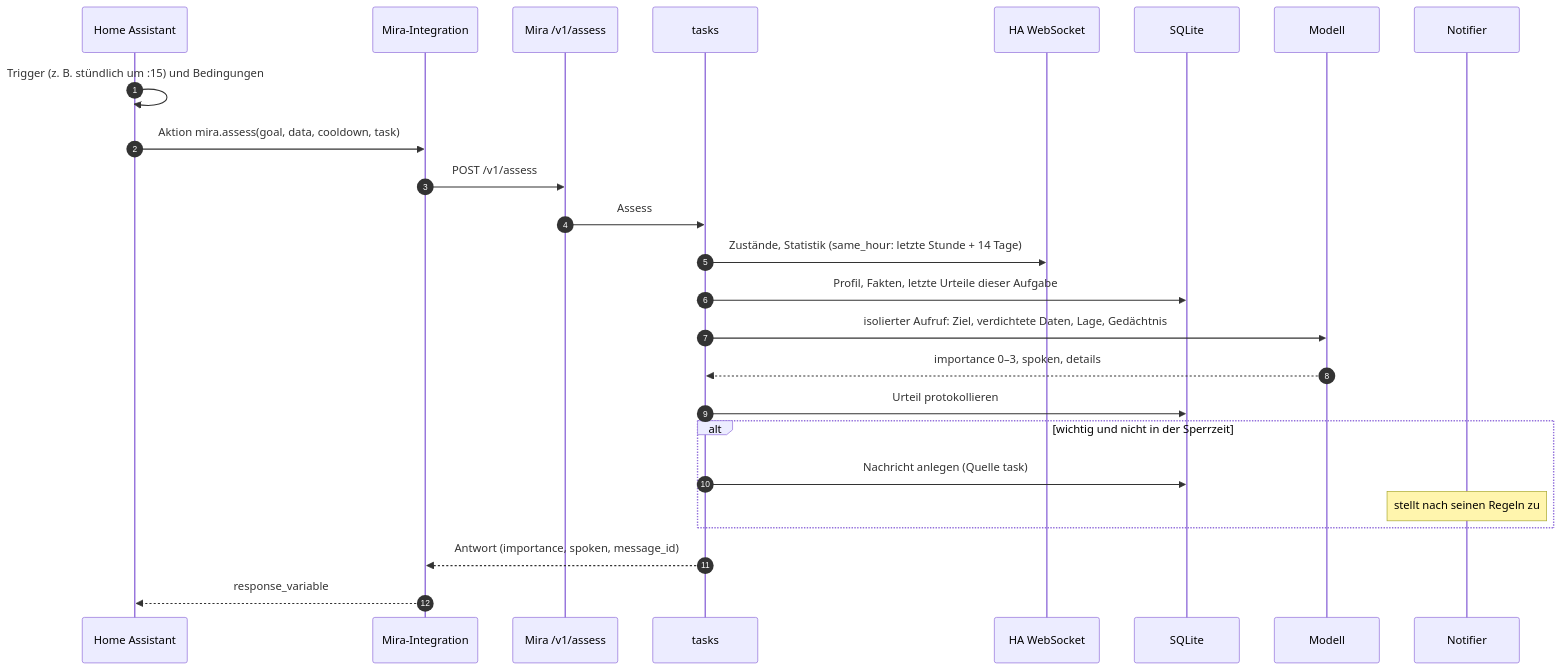
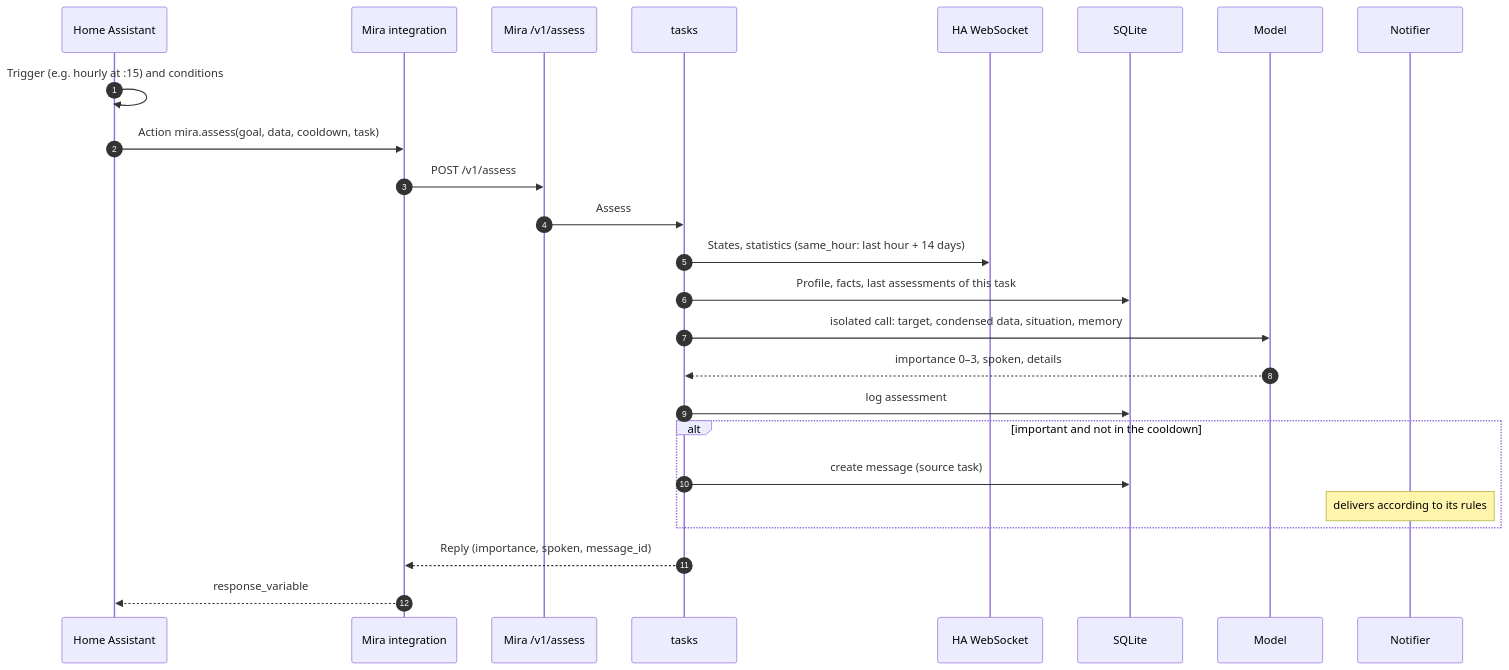
The fourth of 6 diagrams in docs/system.md (miraassist/mira), drawn with Mermaid before and after one commit. The commit also changed other lines of this file and 21 other files, not shown here.

````diff
--- a/docs/system.md
+++ b/docs/system.md
@@ -221,28 +221,28 @@
 ```mermaid
 sequenceDiagram
     autonumber
     participant HA as Home Assistant
-    participant I as Mira-Integration
+    participant I as Mira integration
     participant A as Mira /v1/assess
     participant T as tasks
     participant WS as HA WebSocket
     participant DB as SQLite
-    participant M as Modell
+    participant M as Model
     participant N as Notifier
 
-    HA->>HA: Trigger (z. B. stündlich um :15) und Bedingungen
-    HA->>I: Aktion mira.assess(goal, data, cooldown, task)
+    HA->>HA: Trigger (e.g. hourly at :15) and conditions
+    HA->>I: Action mira.assess(goal, data, cooldown, task)
     I->>A: POST /v1/assess
     A->>T: Assess
-    T->>WS: Zustände, Statistik (same_hour: letzte Stunde + 14 Tage)
-    T->>DB: Profil, Fakten, letzte Urteile dieser Aufgabe
-    T->>M: isolierter Aufruf: Ziel, verdichtete Daten, Lage, Gedächtnis
+    T->>WS: States, statistics (same_hour: last hour + 14 days)
+    T->>DB: Profile, facts, last assessments of this task
+    T->>M: isolated call: target, condensed data, situation, memory
     M-->>T: importance 0–3, spoken, details
-    T->>DB: Urteil protokollieren
-    alt wichtig und nicht in der Sperrzeit
-        T->>DB: Nachricht anlegen (Quelle task)
-        Note over N: stellt nach seinen Regeln zu
+    T->>DB: log assessment
+    alt important and not in the cooldown
+        T->>DB: create message (source task)
+        Note over N: delivers according to its rules
     end
-    T-->>I: Antwort (importance, spoken, message_id)
+    T-->>I: Reply (importance, spoken, message_id)
     I-->>HA: response_variable
 ```
````
